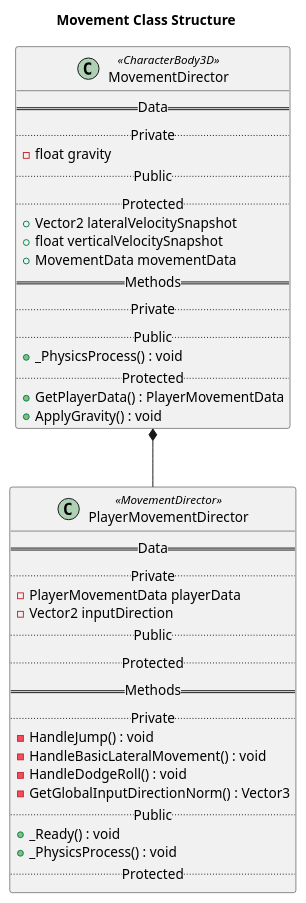
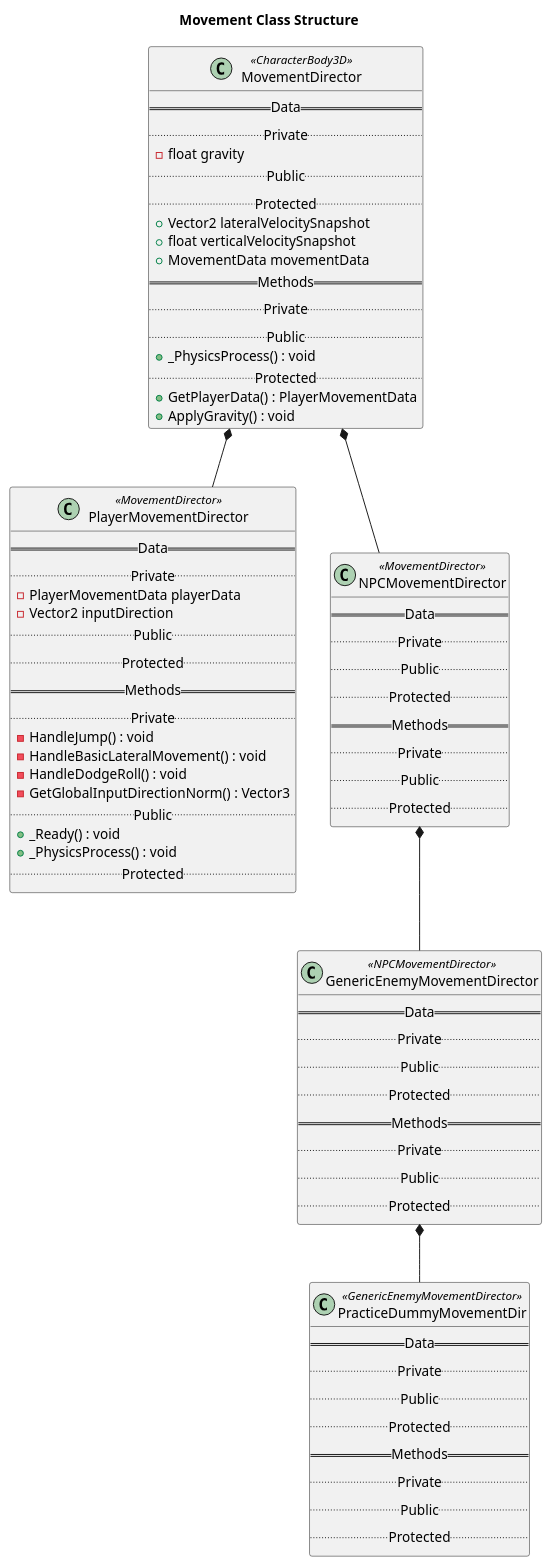
Before and after one commit to kjtkanaly/Roguelike-Shoot-Em-Up: the diagram in UML-Diagrams/src/Movement_Class_Struct.puml, drawn with PlantUML.

Commit message:
Updated the Movement class struct diagram

```diff
--- a/UML-Diagrams/src/Movement_Class_Struct.puml
+++ b/UML-Diagrams/src/Movement_Class_Struct.puml
@@ -1,44 +1,80 @@
 @startuml Movement Class Structure
 
 title Movement Class Structure
 
 class MovementDirector <<CharacterBody3D>>{
     == Data ==
     .. Private ..
     - float gravity
     .. Public ..
     .. Protected ..
     + Vector2 lateralVelocitySnapshot
     + float verticalVelocitySnapshot
     + MovementData movementData
     == Methods ==
     .. Private ..
     .. Public ..
     + _PhysicsProcess() : void
     .. Protected ..
     + GetPlayerData() : PlayerMovementData
     + ApplyGravity() : void
 }
 
 class PlayerMovementDirector <<MovementDirector>>{
     == Data ==
     .. Private ..
     - PlayerMovementData playerData
 	- Vector2 inputDirection
     .. Public ..
     .. Protected ..
     == Methods ==
     .. Private ..
     - HandleJump() : void
     - HandleBasicLateralMovement() : void
     - HandleDodgeRoll() : void
     - GetGlobalInputDirectionNorm() : Vector3
     .. Public ..
     + _Ready() : void
     + _PhysicsProcess() : void
     .. Protected ..
 }
 
+class NPCMovementDirector <<MovementDirector>>{
+    == Data ==
+    .. Private ..
+    .. Public ..
+    .. Protected ..
+    == Methods ==
+    .. Private ..
+    .. Public ..
+    .. Protected ..
+}
+
+class GenericEnemyMovementDirector <<NPCMovementDirector>>{
+    == Data ==
+    .. Private ..
+    .. Public ..
+    .. Protected ..
+    == Methods ==
+    .. Private ..
+    .. Public ..
+    .. Protected ..
+}
+
+class PracticeDummyMovementDir <<GenericEnemyMovementDirector>>{
+    == Data ==
+    .. Private ..
+    .. Public ..
+    .. Protected ..
+    == Methods ==
+    .. Private ..
+    .. Public ..
+    .. Protected ..
+}
+
 MovementDirector *-- PlayerMovementDirector
+MovementDirector *-- NPCMovementDirector
+NPCMovementDirector *-- GenericEnemyMovementDirector
+GenericEnemyMovementDirector *-- PracticeDummyMovementDir
 
 @enduml
```
